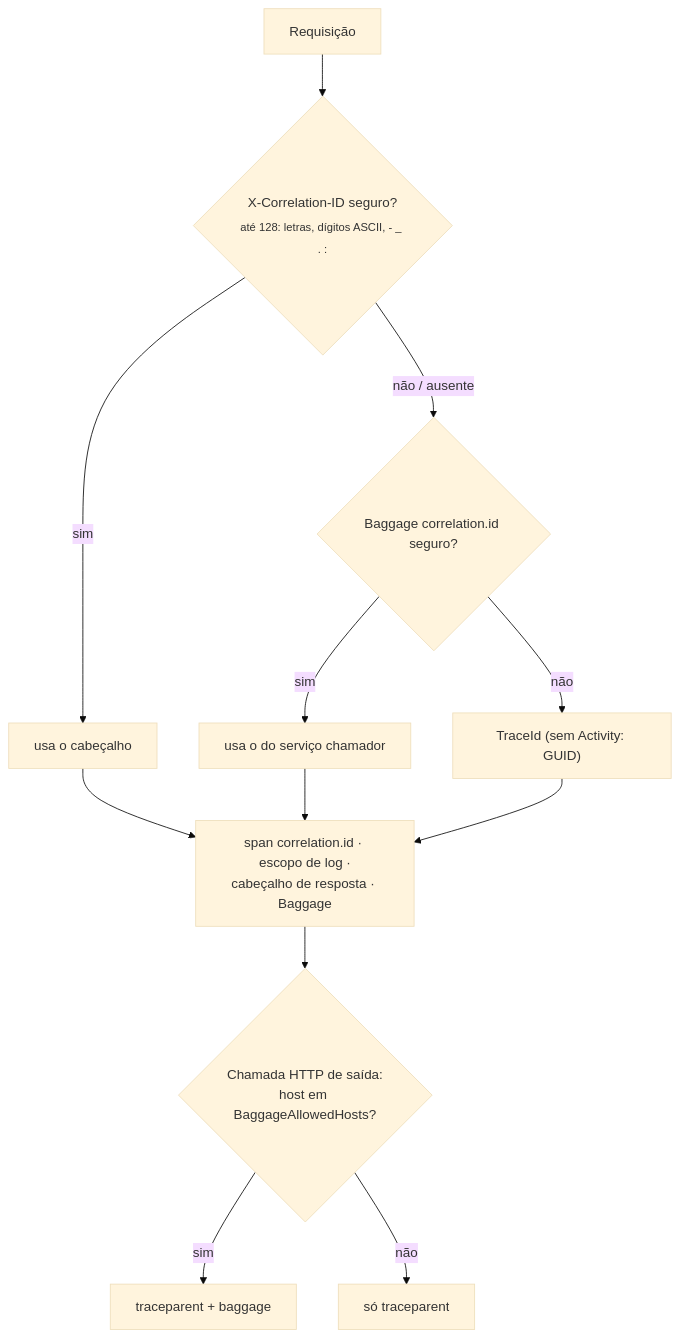
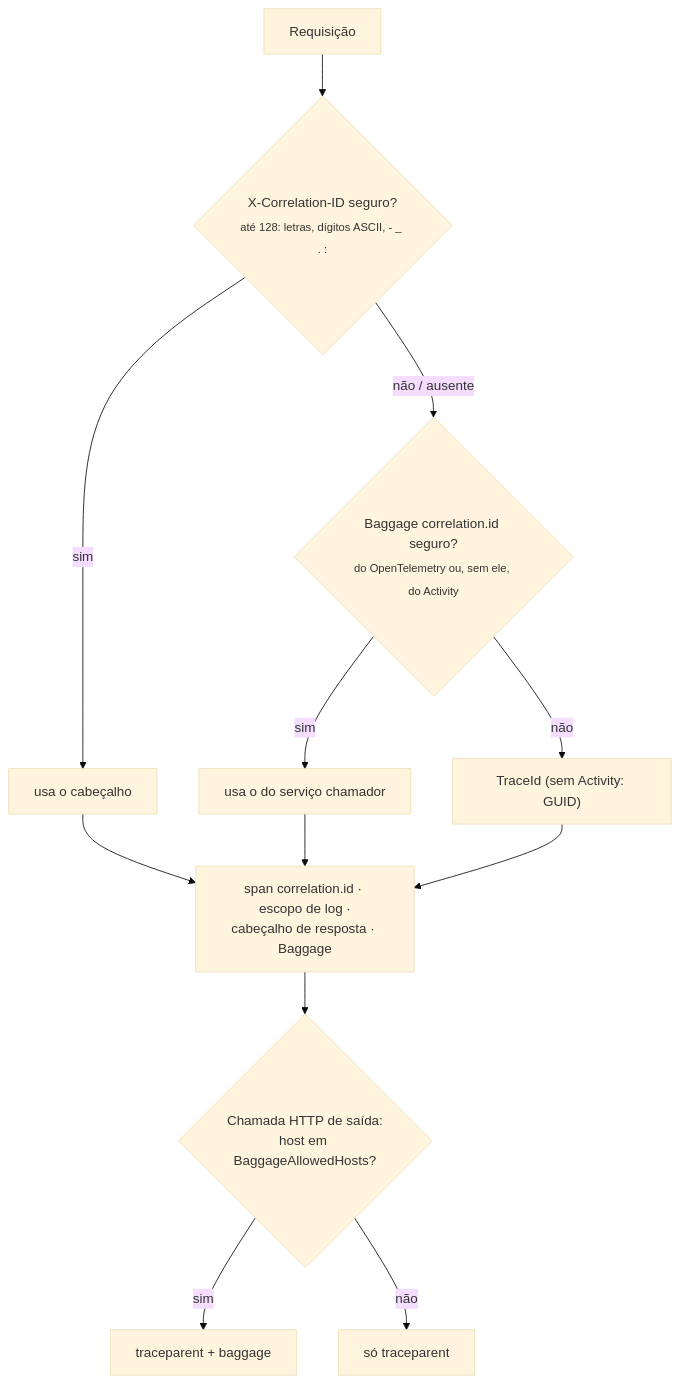
Before and after one commit to tudoemcodigo/lib-tec-observability: the diagram in docs/correlation-id.md, drawn with Mermaid (base theme). The commit also changed other lines of this file and 57 other files, not shown here.

````diff
--- a/docs/correlation-id.md
+++ b/docs/correlation-id.md
@@ -21,12 +22,12 @@
 ```mermaid
 flowchart TD
     R["Requisição"] --> H{"X-Correlation-ID seguro?<br/><sub>até 128: letras, dígitos ASCII, - _ . :</sub>"}
     H -->|sim| ID["usa o cabeçalho"]
-    H -->|não / ausente| B{"Baggage correlation.id seguro?"}
+    H -->|não / ausente| B{"Baggage correlation.id seguro?<br/><sub>do OpenTelemetry ou, sem ele, do Activity</sub>"}
     B -->|sim| ID2["usa o do serviço chamador"]
     B -->|não| T["TraceId (sem Activity: GUID)"]
     ID & ID2 & T --> OUT["span correlation.id · escopo de log ·<br/>cabeçalho de resposta · Baggage"]
     OUT --> HC{"Chamada HTTP de saída:<br/>host em BaggageAllowedHosts?"}
     HC -->|sim| S1["traceparent + baggage"]
     HC -->|não| S2["só traceparent"]
 ```
````
